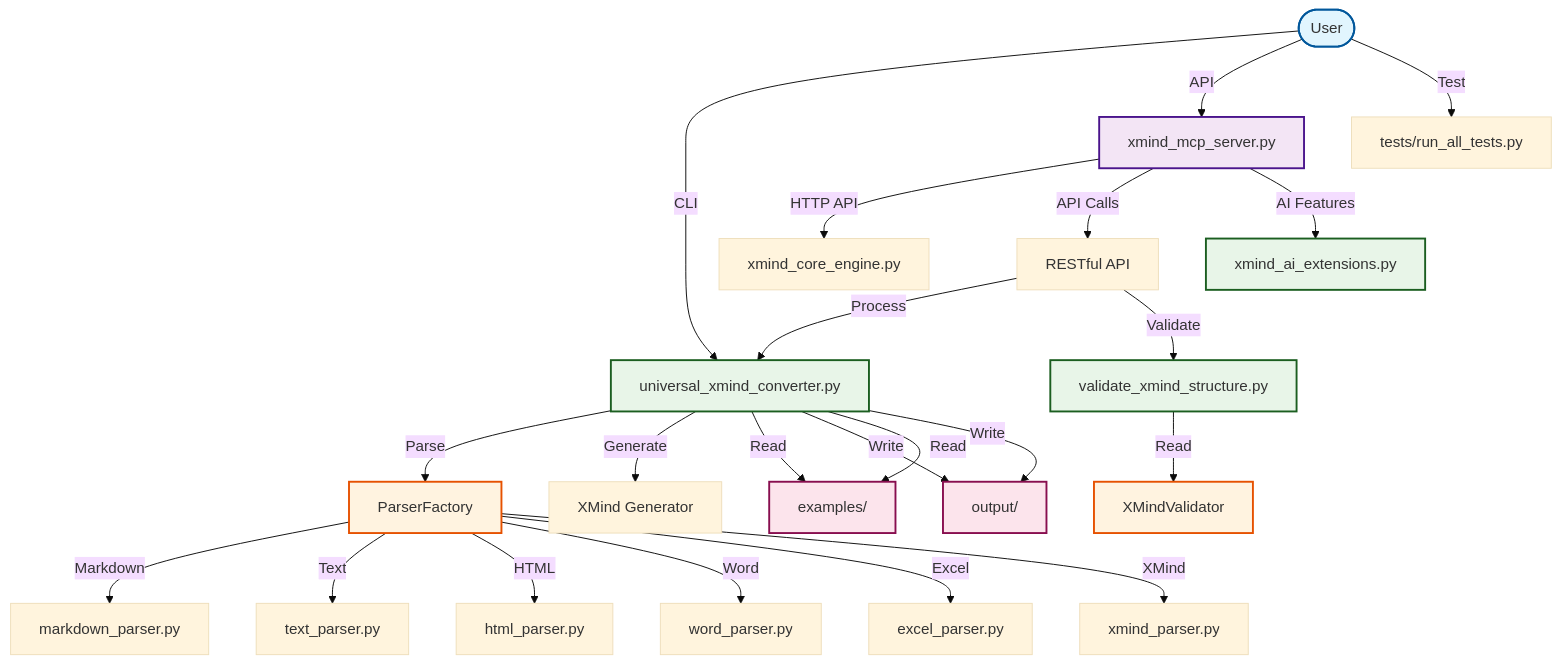
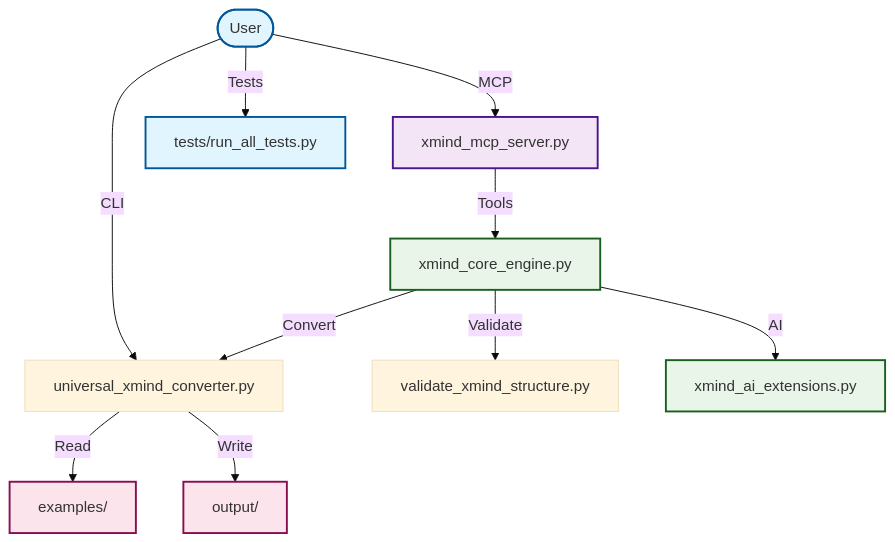
One commit to Master-Frank/XmindMcp changed the diagram in README.md. Above: the diagram before and after it, drawn with Mermaid (base theme). The commit also changed other lines of this file and 1 other file, not shown here.

Commit message:
docs: refactor README for UVX MCP, sync Chinese version; remove absolute paths and non-uvx server instructions

````diff
--- a/README.md
+++ b/README.md
@@ -53,46 +48,24 @@
 ```mermaid
 graph TD
-    %% User Interface Layer
     User([User]) -->|CLI| Converter[universal_xmind_converter.py]
-    User -->|API| MCPServer[xmind_mcp_server.py]
-    User -->|Test| TestRunner[tests/run_all_tests.py]
-    
-    %% Server Layer
-    MCPServer -->|HTTP API| CoreEngine[xmind_core_engine.py]
-    MCPServer -->|API Calls| APIEndpoints[RESTful API]
-    APIEndpoints -->|Process| Converter[universal_xmind_converter.py]
-    APIEndpoints -->|Validate| Validator[validate_xmind_structure.py]
-    
-    %% Core Engine Layer
-    MCPServer -->|AI Features| AIExt[xmind_ai_extensions.py]
-    Converter -->|Parse| Parsers[ParserFactory]
-    Converter -->|Generate| XMindGen[XMind Generator]
-    
-    %% Tool Layer
-    Parsers -->|Markdown| MDParser[markdown_parser.py]
-    Parsers -->|Text| TParser[text_parser.py]
-    Parsers -->|HTML| HParser[html_parser.py]
-    Parsers -->|Word| WParser[word_parser.py]
-    Parsers -->|Excel| EParser[excel_parser.py]
-    Parsers -->|XMind| XParser[xmind_parser.py]
-    Validator -->|Read| XMindReader[XMindValidator]
-    
-    %% File System
+    User -->|MCP| MCP[xmind_mcp_server.py]
+    User -->|Tests| TestRunner[tests/run_all_tests.py]
+
+    MCP -->|Tools| Core[xmind_core_engine.py]
+    Core -->|Convert| Converter
+    Core -->|Validate| Validator[validate_xmind_structure.py]
+    Core -->|AI| AIExt[xmind_ai_extensions.py]
+
     Converter -->|Read| Examples[examples/]
     Converter -->|Write| Output[output/]
-    Converter -->|Read| Examples
-    Converter -->|Write| Output
-    
-    %% Style Definitions
+
     classDef userLayer fill:#e1f5fe,stroke:#01579b,stroke-width:2px
     classDef serverLayer fill:#f3e5f5,stroke:#4a148c,stroke-width:2px
     classDef engineLayer fill:#e8f5e8,stroke:#1b5e20,stroke-width:2px
-    classDef toolLayer fill:#fff3e0,stroke:#e65100,stroke-width:2px
     classDef fileLayer fill:#fce4ec,stroke:#880e4f,stroke-width:2px
-    
-    class User,TestSuite,BatchConvert userLayer
-    class MCPServer serverLayer
-    class SimpleEngine,AIExt,Converter,Validator engineLayer
-    class Parsers,XMindCreator,XMindReader toolLayer
+
+    class User,TestRunner userLayer
+    class MCP serverLayer
+    class Core,AIExt engineLayer
     class Examples,Output fileLayer
 ```
````
